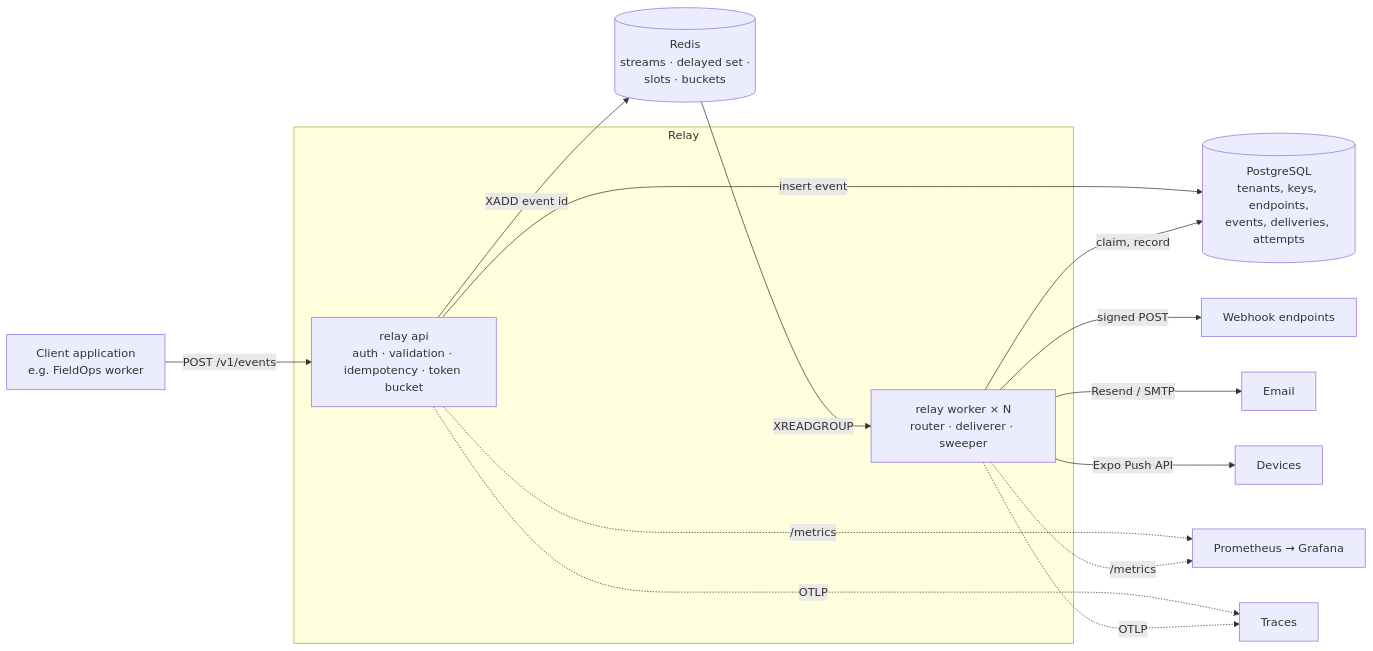
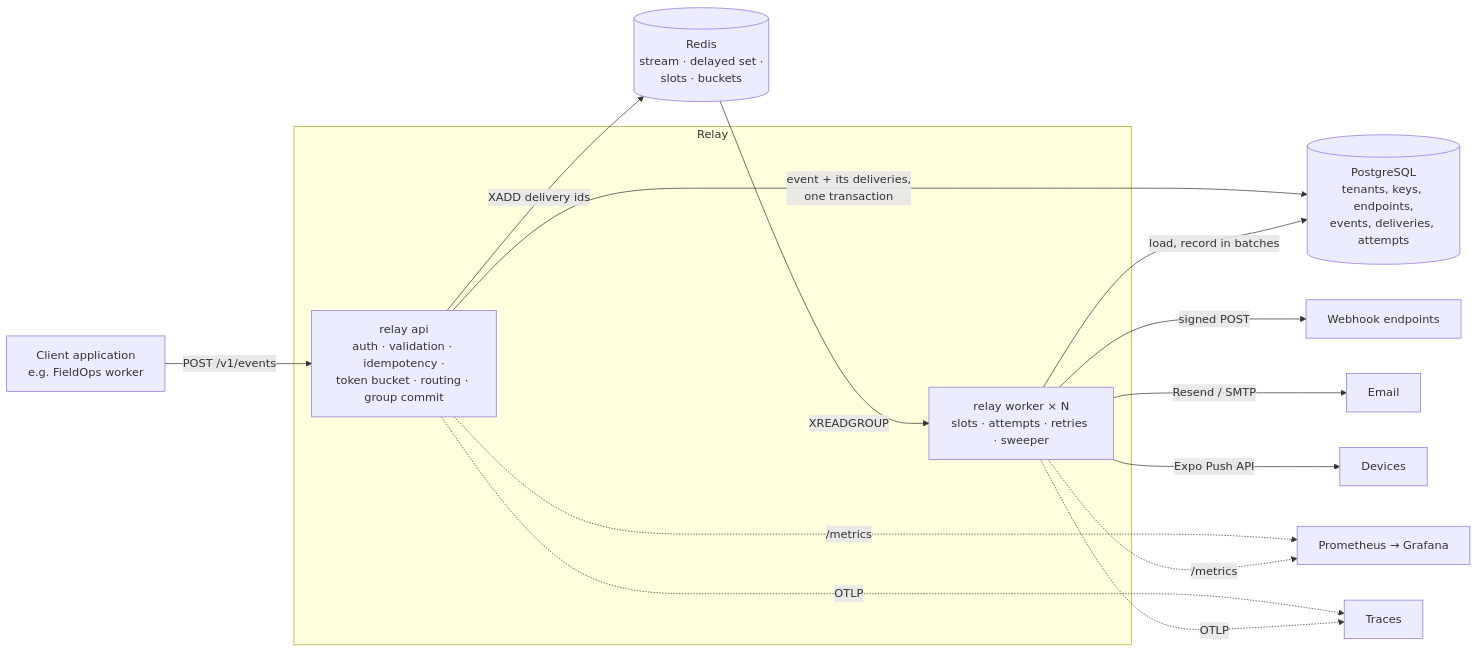
One commit to guzmanloeracode/relay changed the first of 3 diagrams in docs/ARCHITECTURE.md. Above: the diagram before and after it, drawn with Mermaid. The commit also changed other lines of this file and 1 other file, not shown here.

Commit message:
docs: architecture and ADR 001 for routing at ingestion and batching

````diff
--- a/docs/ARCHITECTURE.md
+++ b/docs/ARCHITECTURE.md
@@ -6,17 +6,17 @@
 ```mermaid
 flowchart LR
     C[Client application<br/>e.g. FieldOps worker] -- POST /v1/events --> API
     subgraph Relay
-        API[relay api<br/>auth · validation · idempotency · token bucket]
-        W[relay worker × N<br/>router · deliverer · sweeper]
+        API[relay api<br/>auth · validation · idempotency ·<br/>token bucket · routing · group commit]
+        W[relay worker × N<br/>slots · attempts · retries · sweeper]
     end
-    API -- insert event --> PG[(PostgreSQL<br/>tenants, keys, endpoints,<br/>events, deliveries, attempts)]
-    API -- XADD event id --> R[(Redis<br/>streams · delayed set ·<br/>slots · buckets)]
+    API -- event + its deliveries,<br/>one transaction --> PG[(PostgreSQL<br/>tenants, keys, endpoints,<br/>events, deliveries, attempts)]
+    API -- XADD delivery ids --> R[(Redis<br/>stream · delayed set ·<br/>slots · buckets)]
     R -- XREADGROUP --> W
-    W -- claim, record --> PG
+    W -- load, record in batches --> PG
     W -- signed POST --> X[Webhook endpoints]
     W -- Resend / SMTP --> E[Email]
     W -- Expo Push API --> P[Devices]
     API & W -. /metrics .-> M[Prometheus → Grafana]
     API & W -. OTLP .-> T[Traces]
 ```
````
